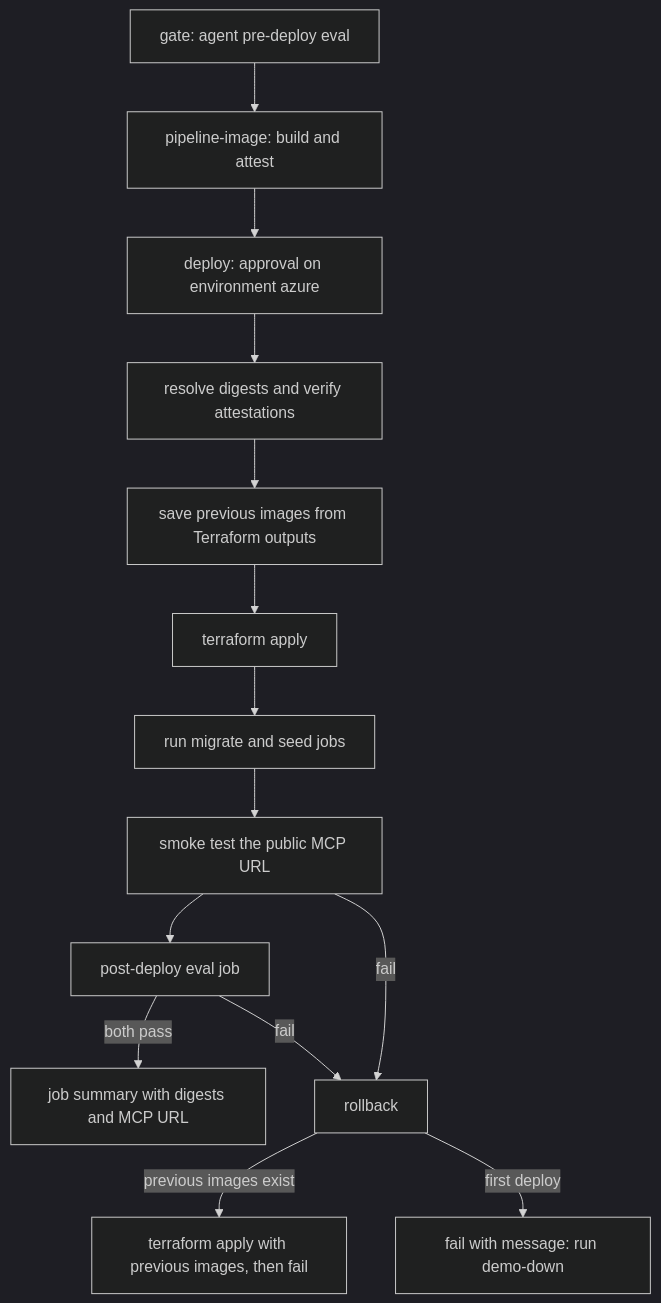
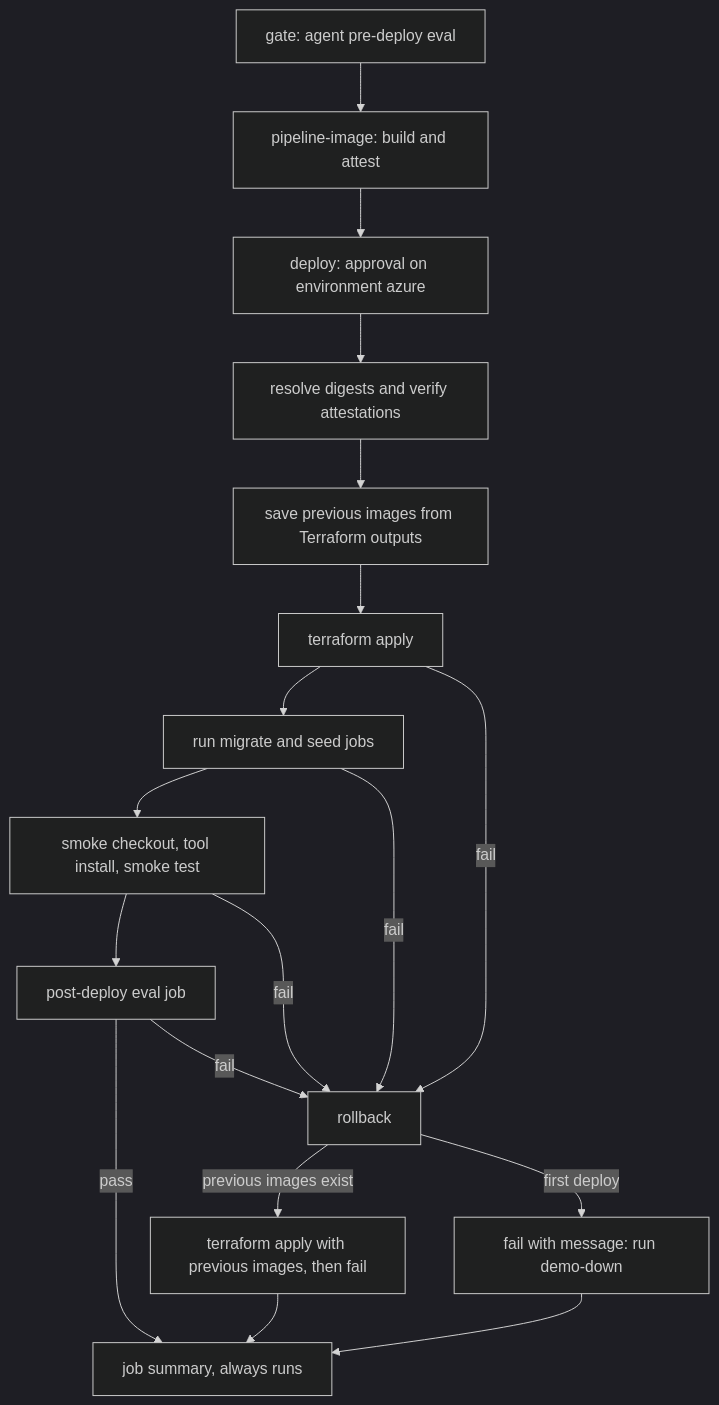
Before and after one commit to sovorn-c/vehicle-intelligence-platform: the diagram in README.md, drawn with Mermaid (dark theme). The commit also changed other lines of this file and 2 other files, not shown here.

````diff
--- a/README.md
+++ b/README.md
@@ -39,16 +39,20 @@
 ```mermaid
 flowchart TD
     A[gate: agent pre-deploy eval] --> B[pipeline-image: build and attest]
     B --> C[deploy: approval on environment azure]
     C --> D[resolve digests and verify attestations]
     D --> E[save previous images from Terraform outputs]
     E --> F[terraform apply]
     F --> G[run migrate and seed jobs]
-    G --> H[smoke test the public MCP URL]
+    G --> H[smoke checkout, tool install, smoke test]
     H --> I[post-deploy eval job]
-    I -->|both pass| J[job summary with digests and MCP URL]
-    H -->|fail| K[rollback]
+    I -->|pass| N[job summary, always runs]
+    F -->|fail| K[rollback]
+    G -->|fail| K
+    H -->|fail| K
     I -->|fail| K
     K -->|previous images exist| L[terraform apply with previous images, then fail]
     K -->|first deploy| M[fail with message: run demo-down]
+    L --> N
+    M --> N
 ```
````
